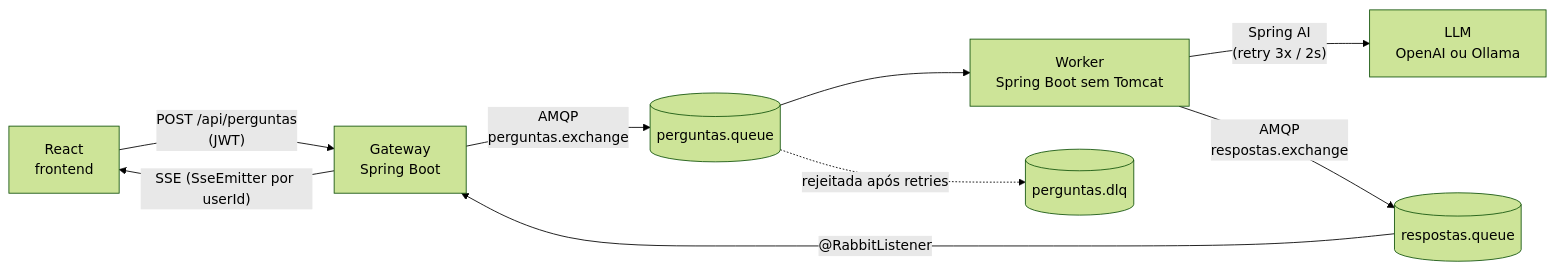
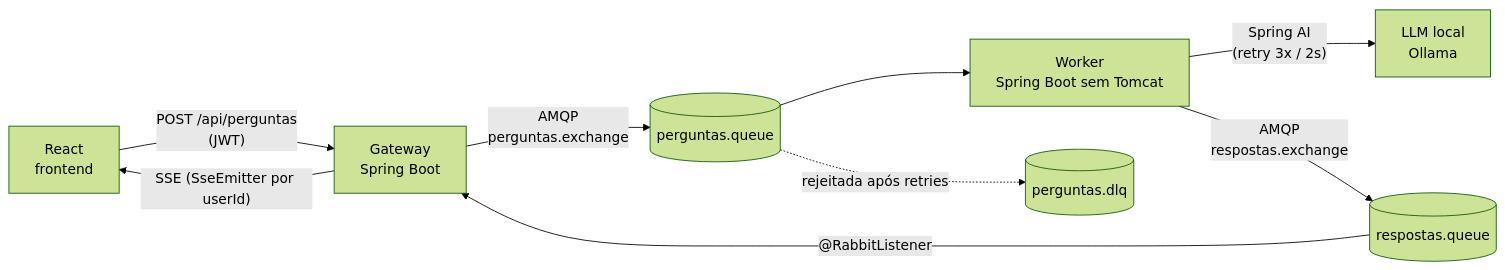
The diagram in README.md (Limaniteroi/Dev_Web), drawn with Mermaid (forest theme) before and after one commit. The commit also changed other lines of this file and 7 other files, not shown here.

First line of the commit message:
refactor: usar apenas o Ollama como LLM

````diff
--- a/README.md
+++ b/README.md
@@ -13,11 +13,11 @@
 ```mermaid
 flowchart LR
     R[React<br/>frontend] -- "POST /api/perguntas<br/>(JWT)" --> G[Gateway<br/>Spring Boot]
     G -- "AMQP<br/>perguntas.exchange" --> QP[(perguntas.queue)]
     QP --> W[Worker<br/>Spring Boot sem Tomcat]
-    W -- "Spring AI<br/>(retry 3x / 2s)" --> L[LLM<br/>OpenAI ou Ollama]
+    W -- "Spring AI<br/>(retry 3x / 2s)" --> L[LLM local<br/>Ollama]
     W -- "AMQP<br/>respostas.exchange" --> QR[(respostas.queue)]
     QR -- "@RabbitListener" --> G
     G -- "SSE (SseEmitter por userId)" --> R
     QP -. "rejeitada após retries" .-> DLQ[(perguntas.dlq)]
 ```
````
